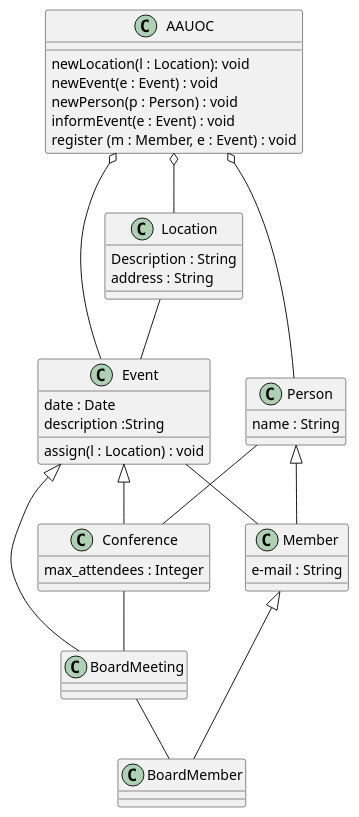
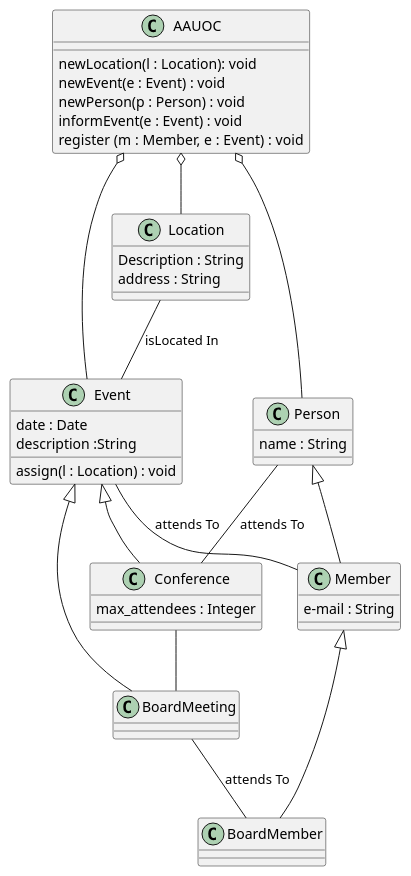
The diagram in src/UOC.puml (DaniJorCa/UMLDanielJordanCarre-o), drawn with PlantUML before and after one commit.

Commit message:
comentarios enlaces

```diff
--- a/src/UOC.puml
+++ b/src/UOC.puml
@@ -1,52 +1,53 @@
 @startuml
 
 
 Conference -- BoardMeeting
 Event <|-- Conference
 Event <|-- BoardMeeting
 
 Person <|-- Member
 Member <|-- BoardMember
 
-Person -- Conference
-BoardMeeting -- BoardMember
-Event -- Member
-Location -- Event
+Person -- Conference : attends To
+BoardMeeting -- BoardMember : attends To
+Event -- Member : attends To
+Location -- Event : isLocated In
 
 AAUOC o-- Person
 AAUOC o-- Event
 AAUOC o-- Location
 
 class AAUOC{
 newLocation(l : Location): void
 newEvent(e : Event) : void
 newPerson(p : Person) : void
 informEvent(e : Event) : void
 register (m : Member, e : Event) : void
 }
 
 class Location{
 Description : String
 address : String
 }
 
 class Event{
 date : Date
 description :String
 assign(l : Location) : void
 }
 
 class Person{
 name : String
 }
 
 class Member{
 e-mail : String
 }
 
 class Conference{
 max_attendees : Integer
 }
 
 
+
 @enduml
```
